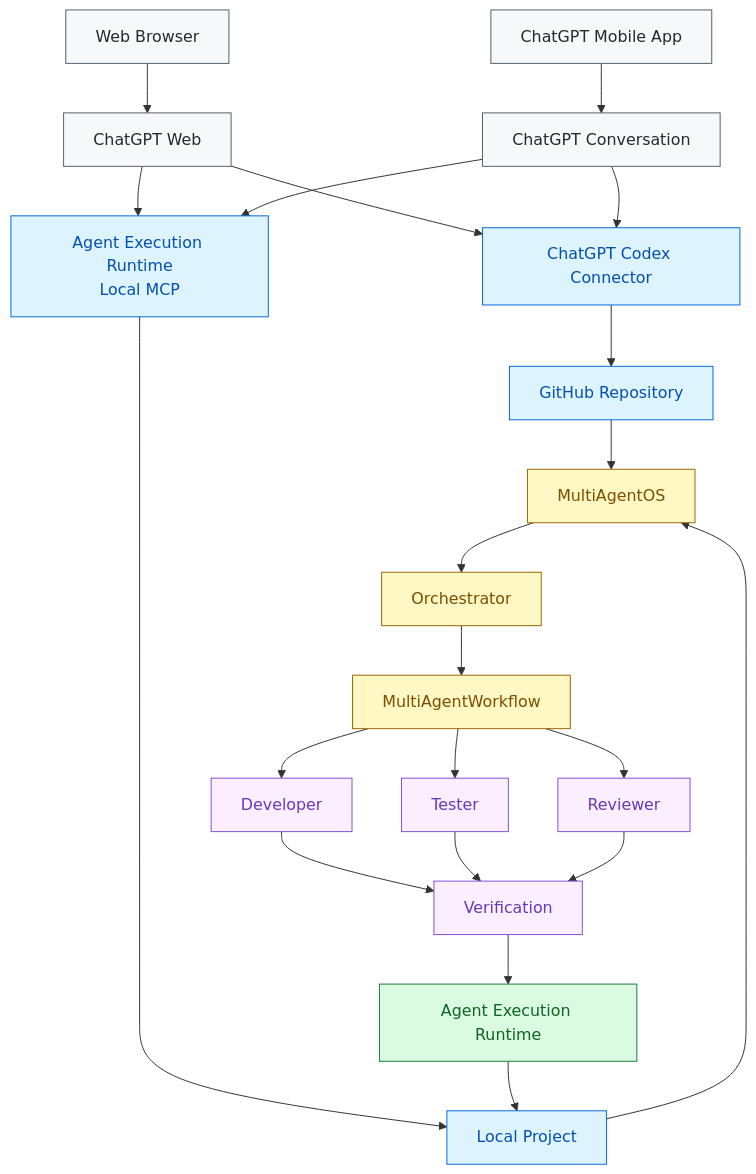
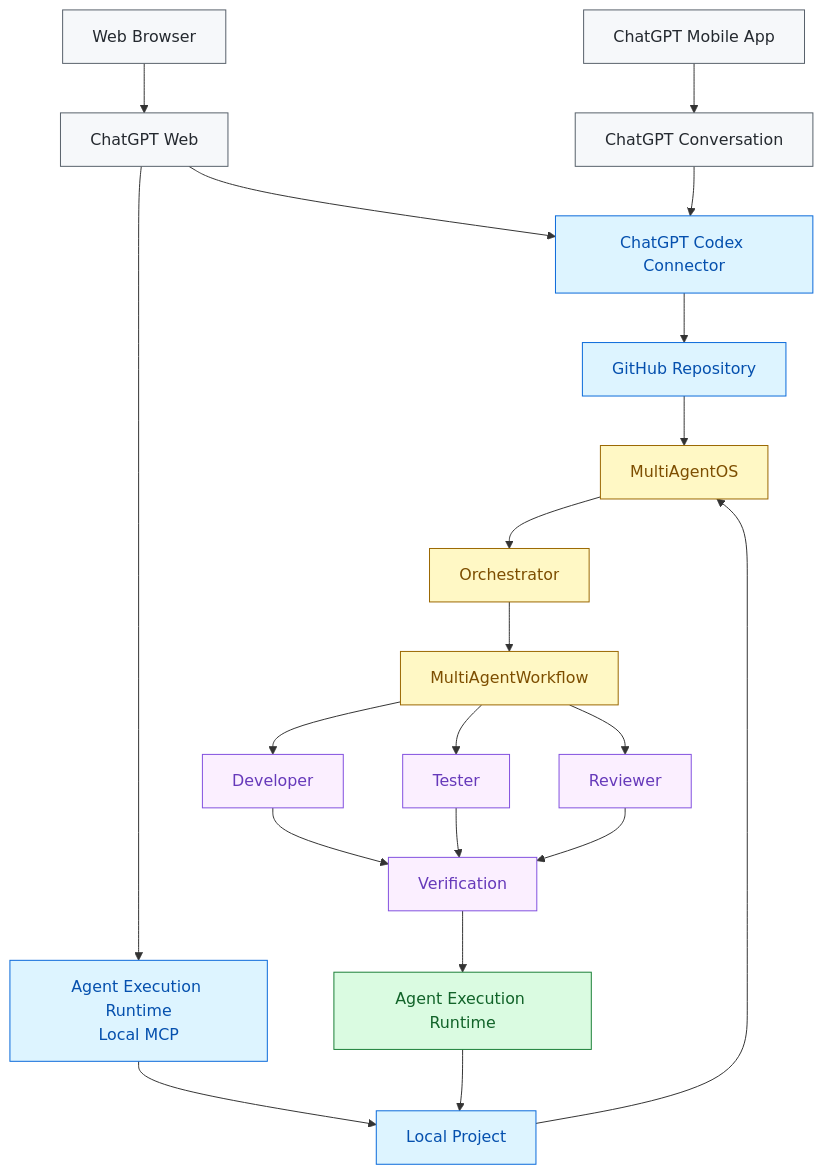
One commit to eaglesjo/MultiAgentOS changed the first of 3 diagrams in README.md. Above: the diagram before and after it, drawn with Mermaid. The commit also changed other lines of this file, not shown here.

Commit message:
docs: clarify ChatGPT Web and mobile local MCP boundaries

````diff
--- a/README.md
+++ b/README.md
@@ -28,42 +29,41 @@
 ```mermaid
 flowchart TB
     U["Web Browser"] --> C["ChatGPT Web"]
     M["ChatGPT Mobile App"] --> C2["ChatGPT Conversation"]
 
     C --> GH["ChatGPT Codex Connector"]
     C2 --> GH
     GH --> G["GitHub Repository"]
 
     C --> MCP["Agent Execution Runtime<br/>Local MCP"]
-    C2 --> MCP
     MCP --> L["Local Project"]
 
     G --> O["MultiAgentOS"]
     L --> O
 
     O --> ORCH["Orchestrator"]
     ORCH --> WF["MultiAgentWorkflow"]
 
     WF --> DEV["Developer"]
     WF --> TEST["Tester"]
     WF --> REVIEW["Reviewer"]
 
     DEV --> VERIFY["Verification"]
     TEST --> VERIFY
     REVIEW --> VERIFY
 
     VERIFY --> RUNTIME["Agent Execution Runtime"]
     RUNTIME --> L
 
     classDef entry fill:#f6f8fa,stroke:#57606a,color:#24292f;
     classDef boundary fill:#ddf4ff,stroke:#0969da,color:#0550ae;
     classDef orchestration fill:#fff8c5,stroke:#9a6700,color:#7d4e00;
     classDef agents fill:#fbefff,stroke:#8250df,color:#6639ba;
     classDef execution fill:#dafbe1,stroke:#1a7f37,color:#116329;
 
     class U,C,M,C2 entry;
     class GH,MCP,G,L boundary;
     class O,ORCH,WF orchestration;
     class DEV,TEST,REVIEW,VERIFY agents;
     class RUNTIME execution;
 ```
````
